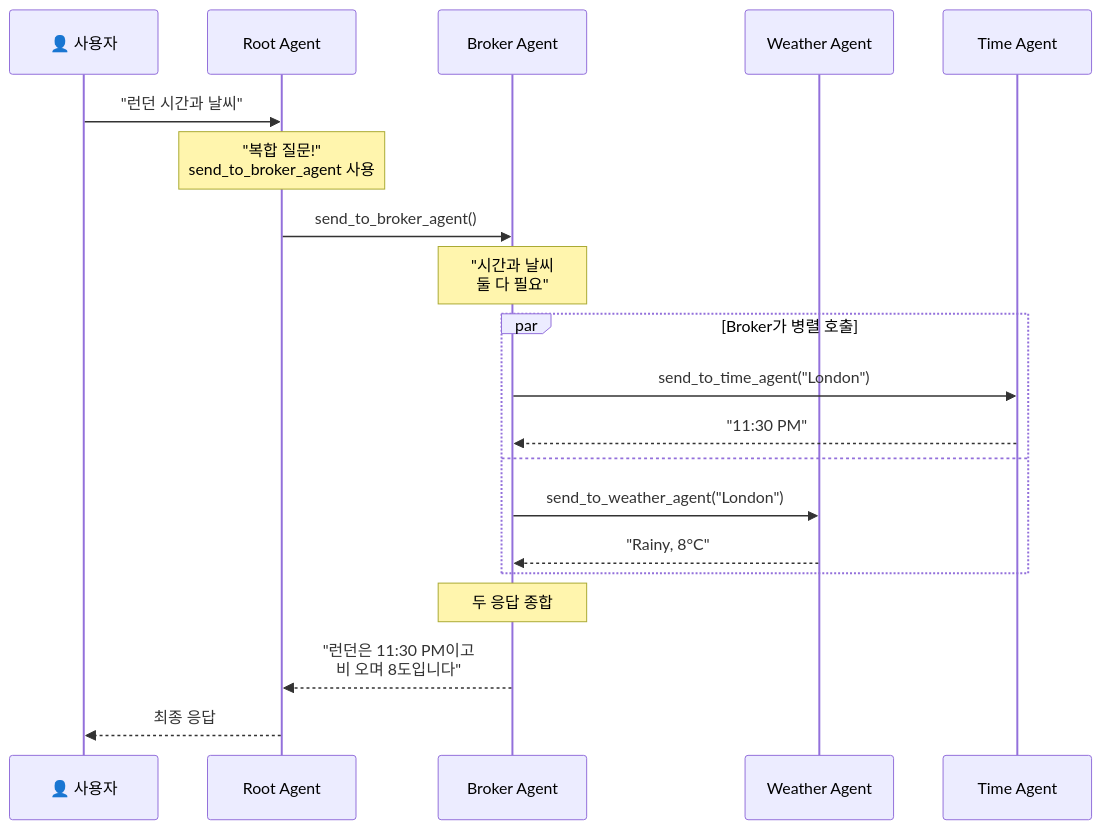
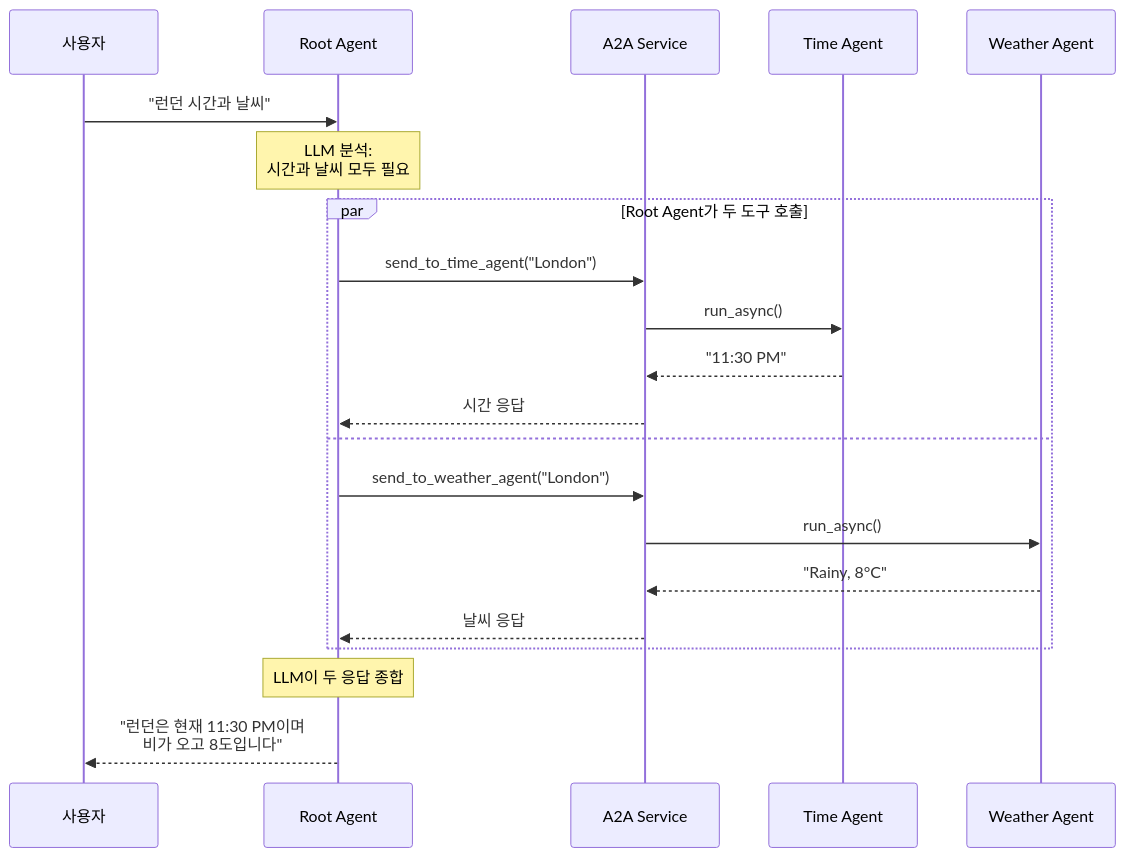
One commit to JAEKWANG97/A2A_test changed the third of 3 diagrams in README.md. Above: the diagram before and after it, drawn with Mermaid. The commit also changed other lines of this file, not shown here.

Commit message:
Update README: Professional documentation with clear service flows and agent roles

````diff
--- a/README.md
+++ b/README.md
@@ -87,27 +101,27 @@
 ```mermaid
 sequenceDiagram
-    participant U as 👤 사용자
-    participant RA as Root Agent
-    participant Broker as Broker Agent
+    participant U as 사용자
+    participant R as Root Agent
+    participant A2A as A2A Service
+    participant TA as Time Agent
     participant WA as Weather Agent
-    participant TA as Time Agent
     
-    U->>RA: "런던 시간과 날씨"
+    U->>R: "런던 시간과 날씨"
     
-    Note over RA: "복합 질문!"<br/>send_to_broker_agent 사용
-    RA->>Broker: send_to_broker_agent()
+    Note over R: LLM 분석:<br/>시간과 날씨 모두 필요
     
-    Note over Broker: "시간과 날씨<br/>둘 다 필요"
-    
-    par Broker가 병렬 호출
-        Broker->>TA: send_to_time_agent("London")
-        TA-->>Broker: "11:30 PM"
+    par Root Agent가 두 도구 호출
+        R->>A2A: send_to_time_agent("London")
+        A2A->>TA: run_async()
+        TA-->>A2A: "11:30 PM"
+        A2A-->>R: 시간 응답
     and
-        Broker->>WA: send_to_weather_agent("London")
-        WA-->>Broker: "Rainy, 8°C"
+        R->>A2A: send_to_weather_agent("London")
+        A2A->>WA: run_async()
+        WA-->>A2A: "Rainy, 8°C"
+        A2A-->>R: 날씨 응답
     end
     
-    Note over Broker: 두 응답 종합
-    Broker-->>RA: "런던은 11:30 PM이고<br/>비 오며 8도입니다"
-    RA-->>U: 최종 응답
+    Note over R: LLM이 두 응답 종합
+    R-->>U: "런던은 현재 11:30 PM이며<br/>비가 오고 8도입니다"
 ```
````
